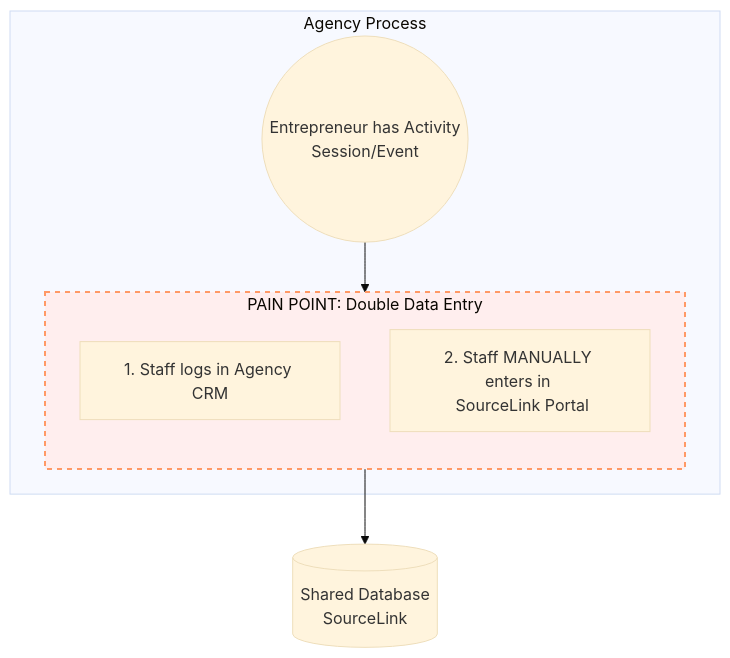
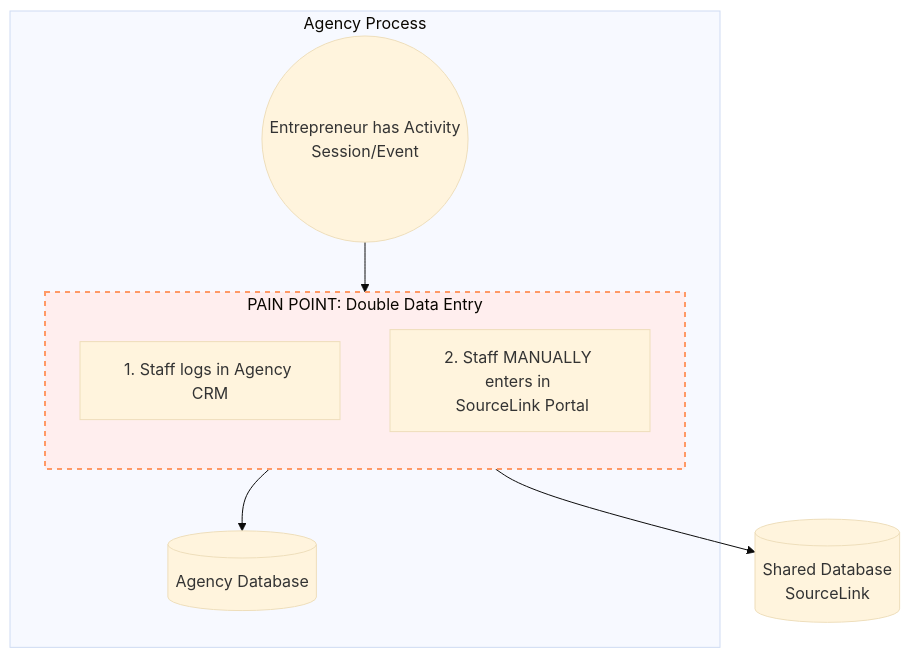
Before and after one commit to makehaven/Entrepreneurship-Ecosystem-Workflows: the diagram in Current/entrepreneur_engagement_workflow.md, drawn with Mermaid (base theme).

````diff
--- a/Current/entrepreneur_engagement_workflow.md
+++ b/Current/entrepreneur_engagement_workflow.md
@@ -8,23 +8,24 @@
 ```mermaid
 graph TD
     Start((Entrepreneur has Activity <br/> Session/Event))
 
     subgraph Agency_Workflow [Agency Process]
         Start --> StaffLog[1. Staff logs in Agency CRM]
+        StaffLog --> AgencyDB[(Agency Database)]
         
         subgraph Pain_Point [PAIN POINT: Double Data Entry]
             direction TB
             StaffLog
             StaffManual[2. Staff MANUALLY enters in <br/> SourceLink Portal]
         end
     end
 
     %% Shared Database
     SourceLinkDB[(Shared Database <br/> SourceLink)]
     
     StaffManual --> SourceLinkDB
 
     %% Styling
     classDef pain fill:#ffeeee,stroke:#f96,stroke-width:2px,stroke-dasharray: 5 5;
     class Pain_Point pain;
 ```
````
